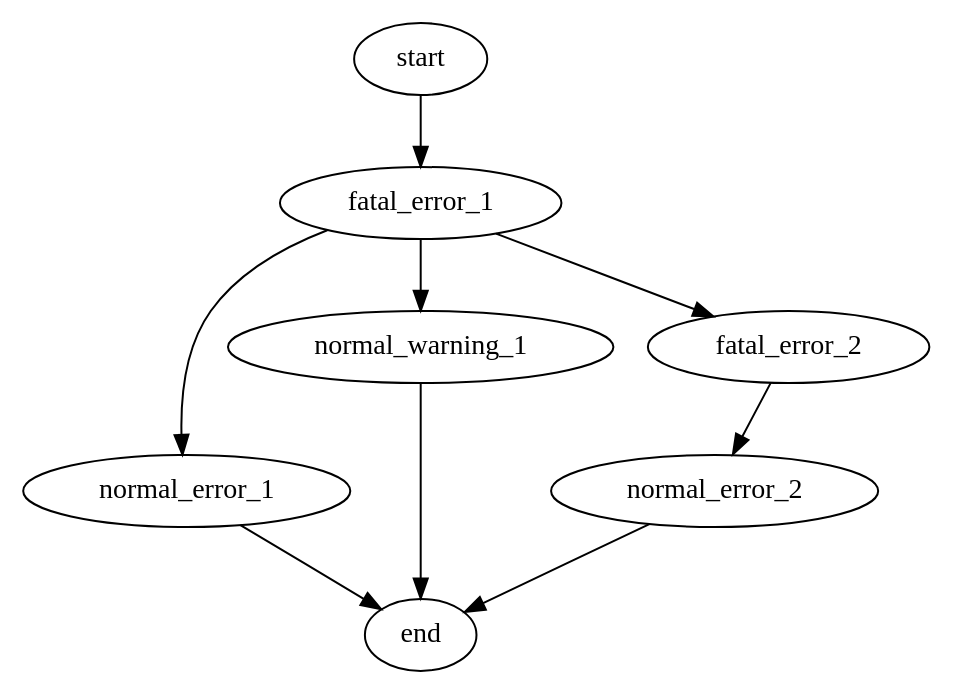
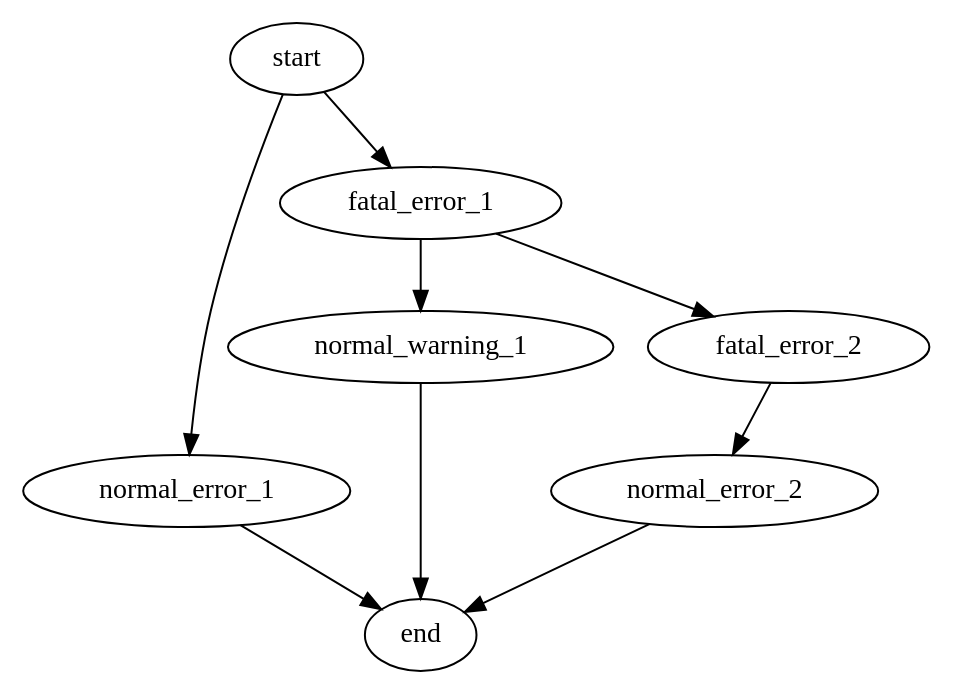
One commit to bmw-software-engineering/trlc changed the diagram in docs/knowledge_accumulation.dot. Above: the diagram before and after it, drawn with Graphviz. The commit also changed 2 other files, not shown here.

```diff
--- a/docs/knowledge_accumulation.dot
+++ b/docs/knowledge_accumulation.dot
@@ -1,18 +1,18 @@
 digraph G {
 	start;
+	normal_error_1;
 	fatal_error_1;
-	normal_error_1;
 	normal_warning_1;
 	fatal_error_2;
 	normal_error_2;
 	end;
 
 	start -> fatal_error_1;
-	fatal_error_1 -> normal_error_1;
+	start -> normal_error_1;
 	fatal_error_1 -> normal_warning_1;
 	fatal_error_1 -> fatal_error_2;
 	fatal_error_2 -> normal_error_2;
 	normal_error_1 -> end;
 	normal_warning_1 -> end;
 	normal_error_2 -> end;
 }
```
